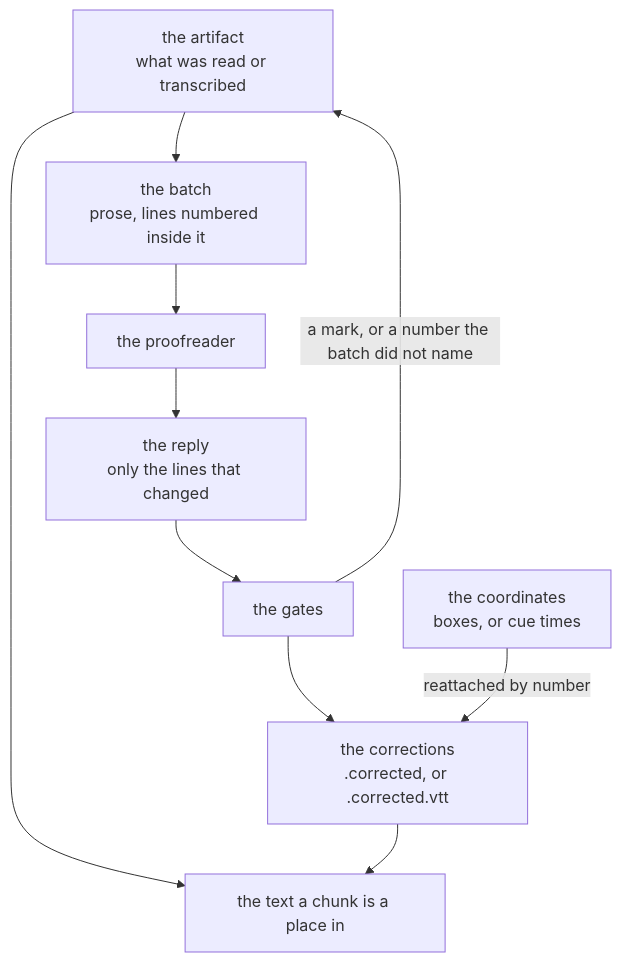
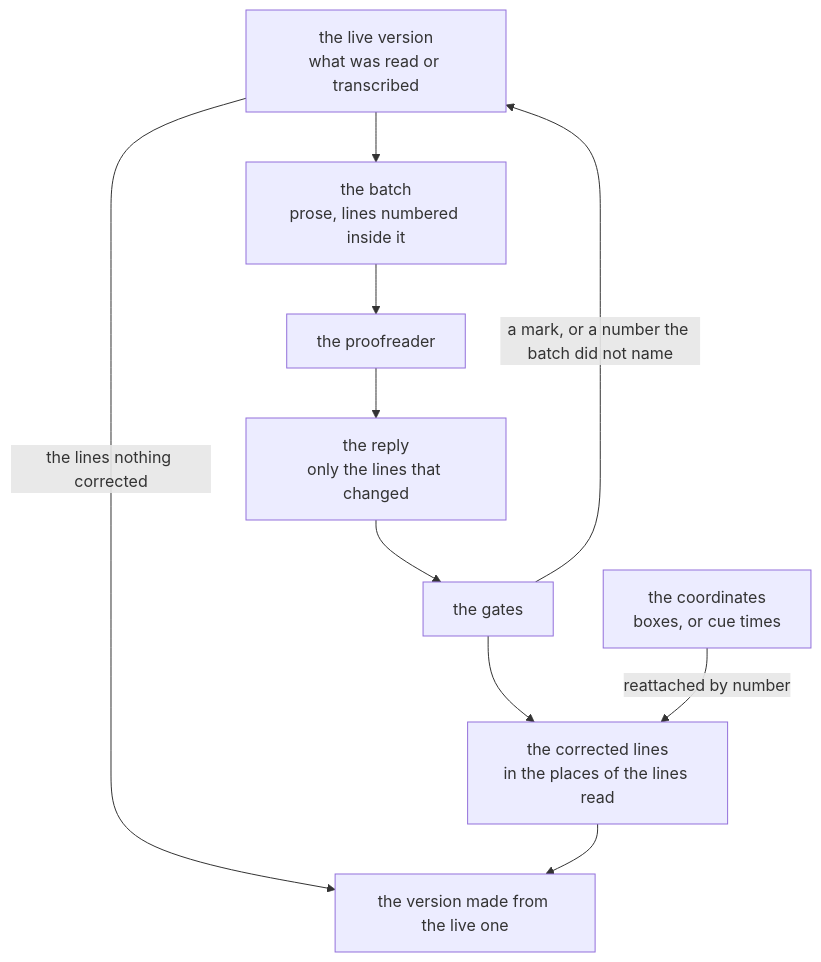
One commit to jiva-studio/numen changed the diagram in docs/proofreading.md. Above: the diagram before and after it, drawn with Mermaid. The commit also changed other lines of this file and 21 other files, not shown here.

````diff
--- a/docs/proofreading.md
+++ b/docs/proofreading.md
@@ -24,21 +24,21 @@
 ```mermaid
 graph TD
-    ART["the artifact<br/>what was read or transcribed"]
+    ART["the live version<br/>what was read or transcribed"]
     COORD["the coordinates<br/>boxes, or cue times"]
     ASK["the batch<br/>prose, lines numbered inside it"]
     MODEL["the proofreader"]
     REPLY["the reply<br/>only the lines that changed"]
     GATES["the gates"]
-    FIX["the corrections<br/>.corrected, or .corrected.vtt"]
-    OUT["the text a chunk is a place in"]
+    FIX["the corrected lines<br/>in the places of the lines read"]
+    OUT["the version made from the live one"]
 
     ART --> ASK
     ASK --> MODEL
     MODEL --> REPLY
     REPLY --> GATES
     GATES -->|"a mark, or a number the batch did not name"| ART
     GATES --> FIX
     COORD -->|"reattached by number"| FIX
-    ART --> OUT
+    ART -->|"the lines nothing corrected"| OUT
     FIX --> OUT
 ```
````
